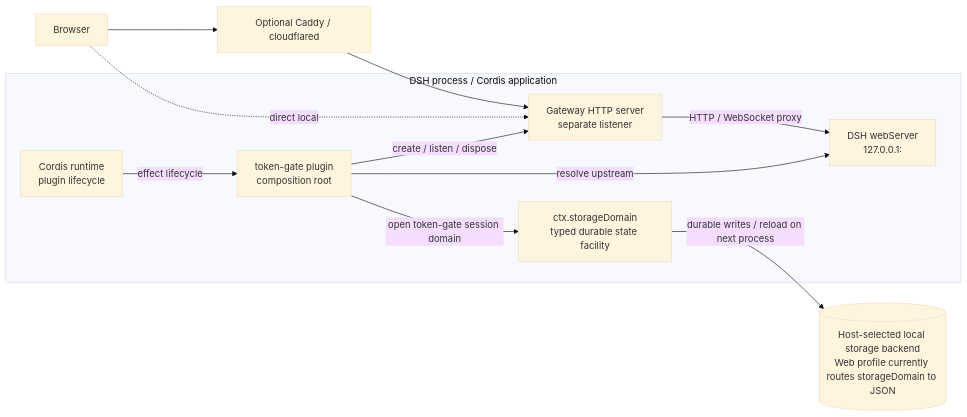
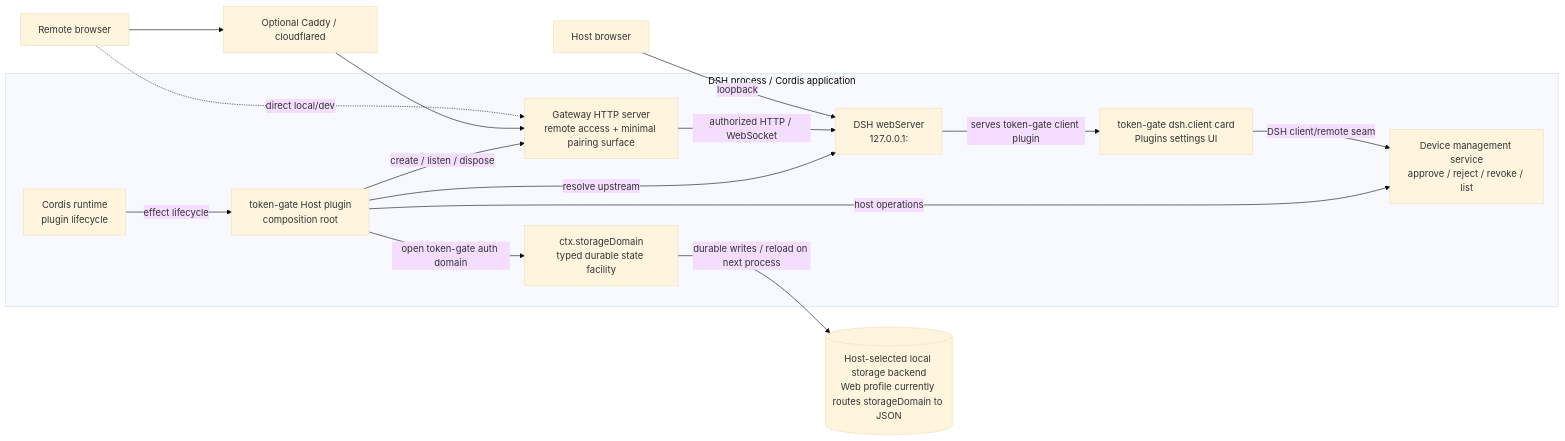
The second of 9 diagrams in spec/architecture.md (Ri0n72Y/dsh-token-gate), drawn with Mermaid (base theme) before and after one commit. The commit also changed other lines of this file, not shown here.

Commit message:
docs: design host-approved device access

````diff
--- a/spec/architecture.md
+++ b/spec/architecture.md
@@ -36,26 +41,33 @@
 ```mermaid
 flowchart LR
-    B["Browser"]
+    RB["Remote browser"]
+    HB["Host browser"]
     RP["Optional Caddy / cloudflared"]
 
     subgraph PROC[DSH process / Cordis application]
         C["Cordis runtime\nplugin lifecycle"]
-        TG["token-gate plugin\ncomposition root"]
-        G["Gateway HTTP server\nseparate listener"]
+        TG["token-gate Host plugin\ncomposition root"]
+        G["Gateway HTTP server\nremote access + minimal pairing surface"]
+        MGMT["Device management service\napprove / reject / revoke / list"]
+        CLIENT["token-gate dsh.client card\nPlugins settings UI"]
         W["DSH webServer\n127.0.0.1:<port>"]
         SD["ctx.storageDomain\ntyped durable state facility"]
 
         C -->|effect lifecycle| TG
         TG -->|create / listen / dispose| G
+        TG -->|host operations| MGMT
         TG -->|resolve upstream| W
-        TG -->|open token-gate session domain| SD
-        G -->|HTTP / WebSocket proxy| W
+        TG -->|open token-gate auth domain| SD
+        G -->|authorized HTTP / WebSocket| W
+        CLIENT -->|DSH client/remote seam| MGMT
     end
 
     MEDIUM[("Host-selected local storage backend\nWeb profile currently routes storageDomain to JSON")]
 
-    B --> RP
-    B -. direct local .-> G
+    RB --> RP
     RP --> G
+    RB -. direct local/dev .-> G
+    HB -->|loopback| W
+    W -->|serves token-gate client plugin| CLIENT
     SD -->|durable writes / reload on next process| MEDIUM
 ```
````
